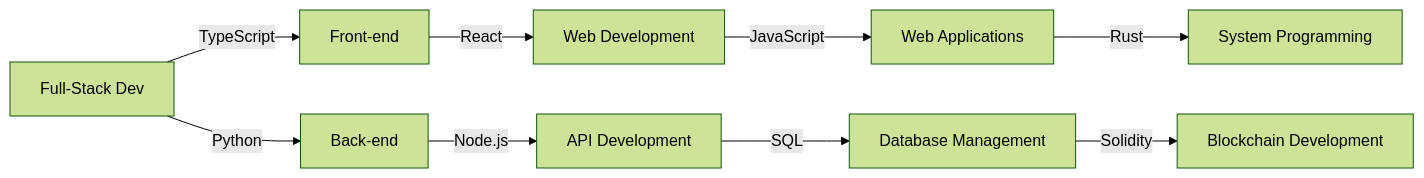
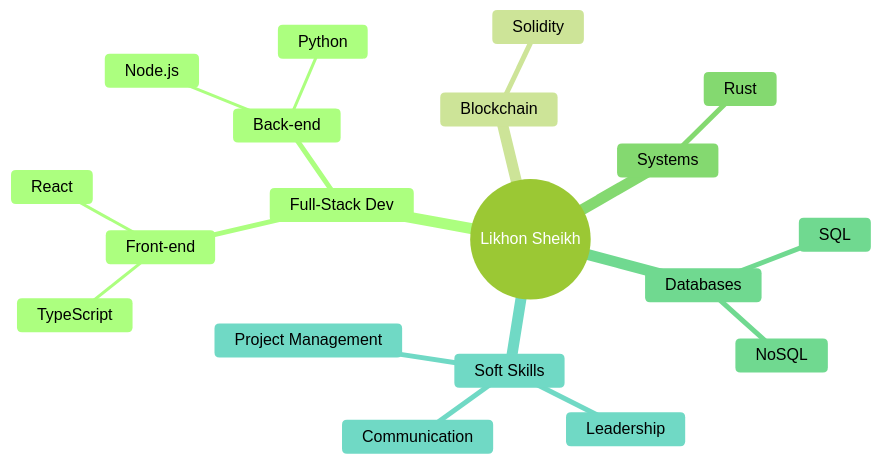
One commit to likhown/likhown changed the diagram in README.md. Above: the diagram before and after it, drawn with Mermaid (forest theme). The commit also changed other lines of this file, not shown here.

````diff
--- a/README.md
+++ b/README.md
@@ -50,11 +35,22 @@
 ```mermaid
-graph LR
-    A[Full-Stack Dev] -->| TypeScript | B[Front-end]
-    A -->| Python | C[Back-end]
-    B -->| React | D[Web Development]
-    C -->| Node.js | E[API Development]
-    D -->| JavaScript | F[Web Applications]
-    E -->| SQL | G[Database Management]
-    F -->| Rust | H[System Programming]
-    G -->| Solidity | I[Blockchain Development]
+mindmap
+  root((Likhon Sheikh))
+    Full-Stack Dev
+      Front-end
+        React
+        TypeScript
+      Back-end
+        Node.js
+        Python
+    Blockchain
+      Solidity
+    Systems
+      Rust
+    Databases
+      SQL
+      NoSQL
+    Soft Skills
+      Leadership
+      Communication
+      Project Management
 ```
````
